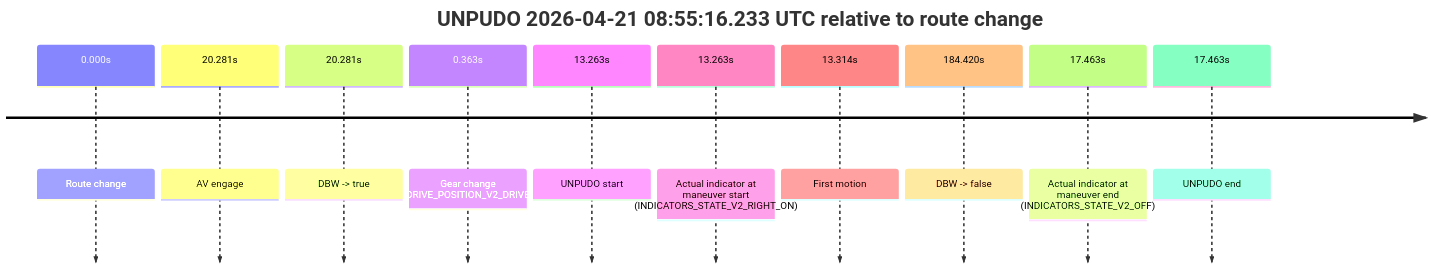
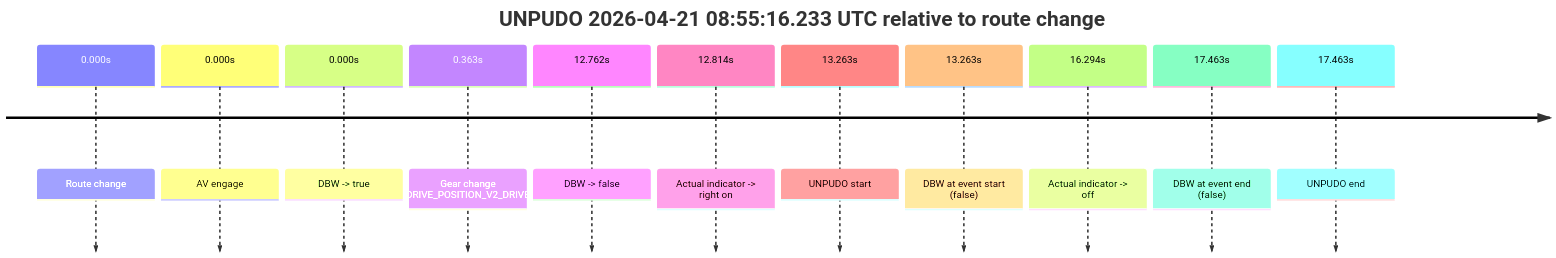
One commit to yoelshapiro/vault changed the fourth of 10 diagrams in model_analysis/report_cards/2026/04/Week-4/fme20038--2026-04-21--08-28-49--gen2-av-39637566-e5c2-44a6-87cc-8c6b8aafa0bd.md. Above: the diagram before and after it, drawn with Mermaid. The commit also changed other lines of this file and 85 other files, not shown here.

````diff
--- a/model_analysis/report_cards/2026/04/Week-4/fme20038--2026-04-21--08-28-49--gen2-av-39637566-e5c2-44a6-87cc-8c6b8aafa0bd.md
+++ b/model_analysis/report_cards/2026/04/Week-4/fme20038--2026-04-21--08-28-49--gen2-av-39637566-e5c2-44a6-87cc-8c6b8aafa0bd.md
@@ -295,14 +323,15 @@
 ```mermaid
 timeline
     title UNPUDO 2026-04-21 08:55:16.233 UTC relative to route change
     0.000s : Route change
-    20.281s : AV engage
-    20.281s : DBW -> true
+    0.000s : AV engage
+    0.000s : DBW -> true
     0.363s : Gear change (DRIVE_POSITION_V2_DRIVE)
+    12.762s : DBW -> false
+    12.814s : Actual indicator -> right on
     13.263s : UNPUDO start
-    13.263s : Actual indicator at maneuver start (INDICATORS_STATE_V2_RIGHT_ON)
-    13.314s : First motion
-    184.420s : DBW -> false
-    17.463s : Actual indicator at maneuver end (INDICATORS_STATE_V2_OFF)
+    13.263s : DBW at event start (false)
+    16.294s : Actual indicator -> off
+    17.463s : DBW at event end (false)
     17.463s : UNPUDO end
 ```
````
